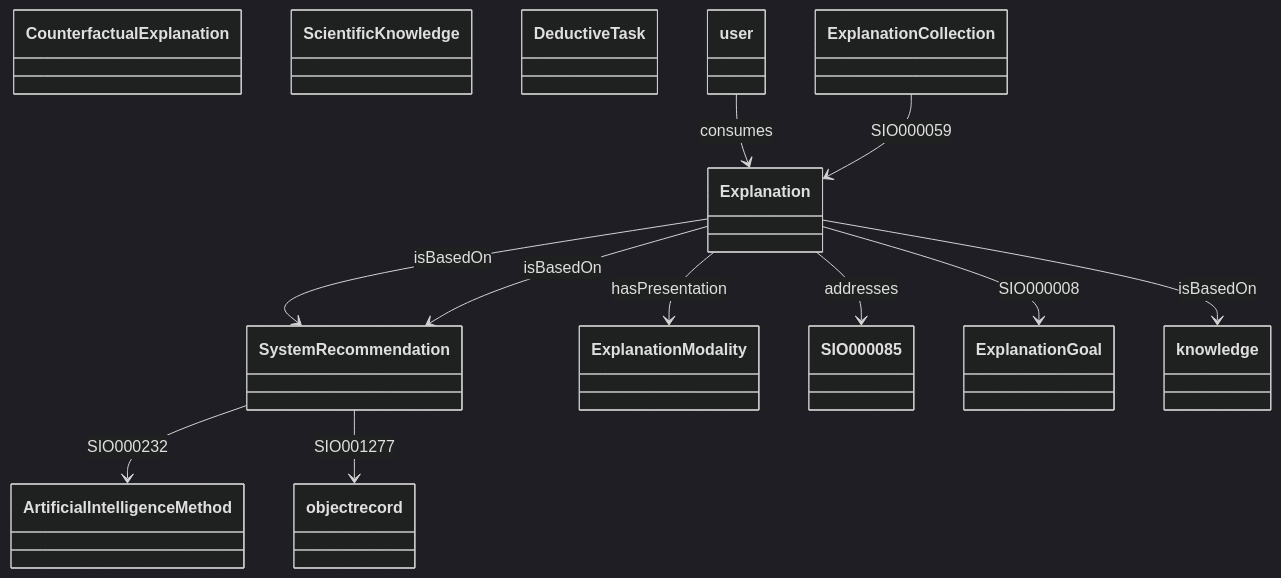
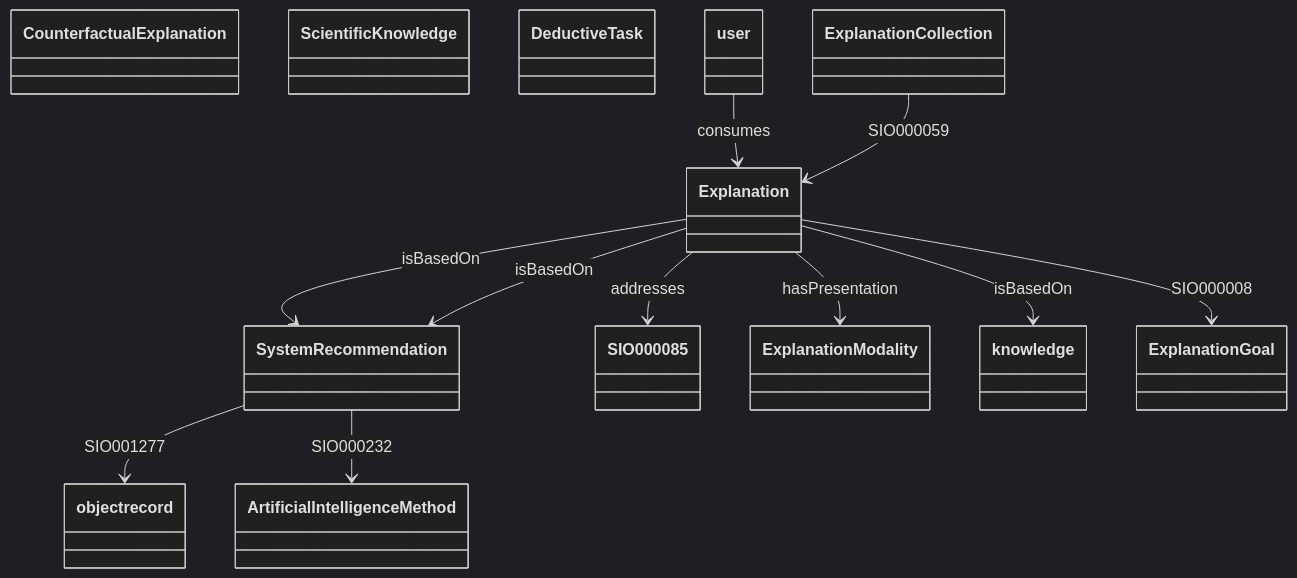
One commit to oeg-upm/Devos changed the diagram in output/ieswc_leng/explanation-ontology.owl-leng-5-0.md. Above: the diagram before and after it, drawn with Mermaid (dark theme). The commit also changed other lines of this file and 206 other files, not shown here.

````diff
--- a/output/ieswc_leng/explanation-ontology.owl-leng-5-0.md
+++ b/output/ieswc_leng/explanation-ontology.owl-leng-5-0.md
@@ -1,47 +1,47 @@
 ```mermaid
 	classDiagram
 
     
     class Explanation {
     
     }
 
     class SystemRecommendation {
     
     }
 
     class CounterfactualExplanation {
     
     }
 
     class ScientificKnowledge {
     
     }
 
     class DeductiveTask {
     
     }
 
 
 
-Explanation  --> ExplanationModality   :hasPresentation  
-
-user  --> Explanation   :consumes  
-
-SystemRecommendation  --> ArtificialIntelligenceMethod   :SIO000232  
-
 Explanation  --> SIO000085   :addresses  
 
-Explanation  --> ExplanationGoal   :SIO000008  
+SystemRecommendation  --> objectrecord   :SIO001277  
+
+Explanation  --> ExplanationModality   :hasPresentation  
 
 Explanation  --> knowledge   :isBasedOn  
 
-SystemRecommendation  --> objectrecord   :SIO001277  
-
-Explanation  --> SystemRecommendation   :isBasedOn  
+user  --> Explanation   :consumes  
 
 ExplanationCollection  --> Explanation   :SIO000059  
 
 Explanation  --> SystemRecommendation   :isBasedOn  
 
+Explanation  --> SystemRecommendation   :isBasedOn  
+
+Explanation  --> ExplanationGoal   :SIO000008  
+
+SystemRecommendation  --> ArtificialIntelligenceMethod   :SIO000232  
+
 ```
````
